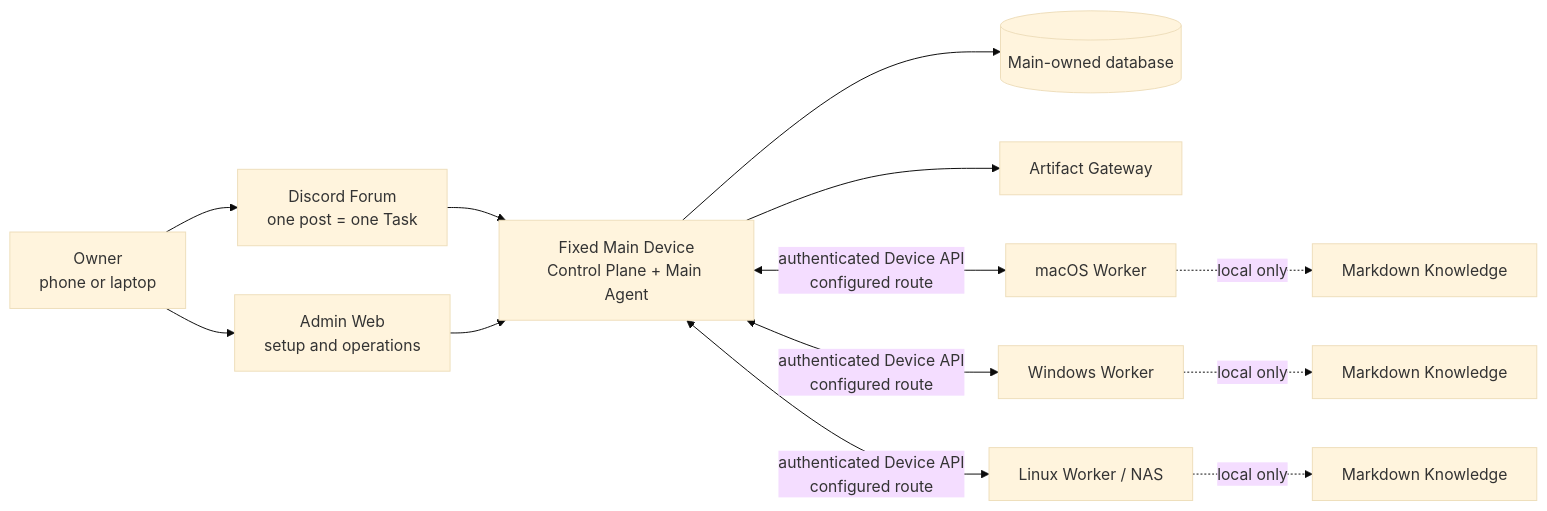
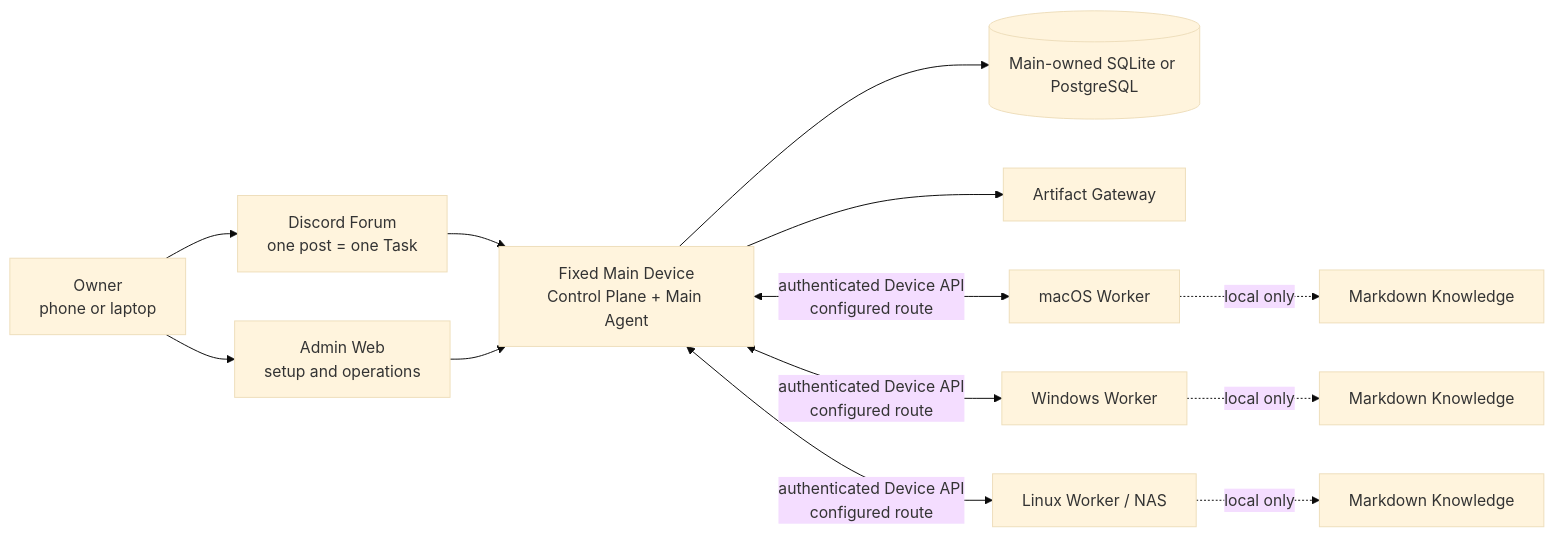
The diagram in README.md (jugol/OpenDelegate), drawn with Mermaid (base theme) before and after one commit. The commit also changed other lines of this file and 219 other files, not shown here.

````diff
--- a/README.md
+++ b/README.md
@@ -32,15 +30,15 @@
 ```mermaid
 flowchart LR
     owner["Owner<br/>phone or laptop"] --> discord["Discord Forum<br/>one post = one Task"]
     owner --> admin["Admin Web<br/>setup and operations"]
     discord --> main["Fixed Main Device<br/>Control Plane + Main Agent"]
     admin --> main
-    main --> database[("Main-owned database")]
+    main --> database[("Main-owned SQLite or PostgreSQL")]
     main --> artifacts["Artifact Gateway"]
     main <-->|"authenticated Device API<br/>configured route"| mac["macOS Worker"]
     main <-->|"authenticated Device API<br/>configured route"| windows["Windows Worker"]
     main <-->|"authenticated Device API<br/>configured route"| linux["Linux Worker / NAS"]
     mac -. "local only" .-> macKnowledge["Markdown Knowledge"]
     windows -. "local only" .-> windowsKnowledge["Markdown Knowledge"]
     linux -. "local only" .-> linuxKnowledge["Markdown Knowledge"]
 ```
````
